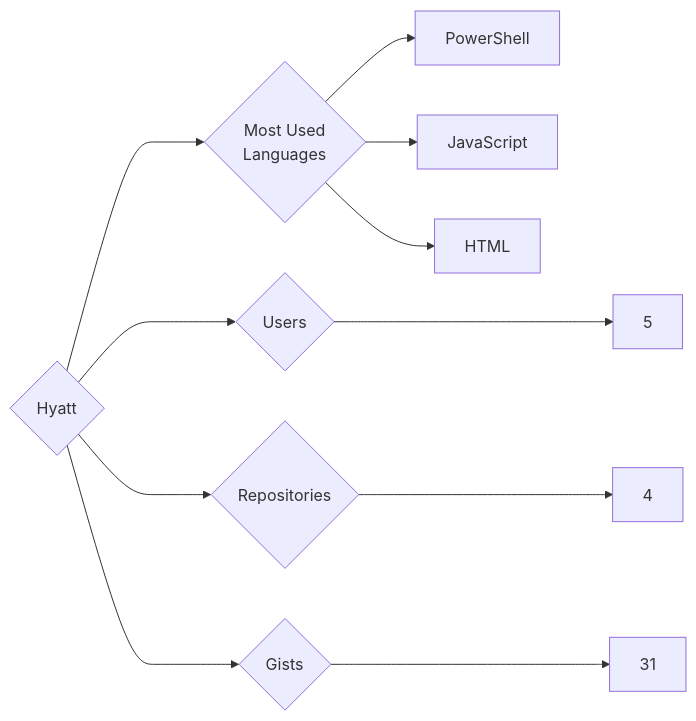
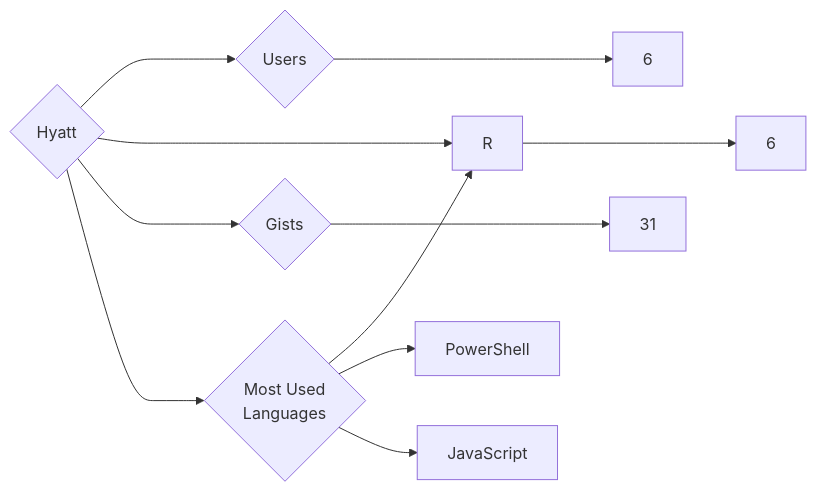
Before and after one commit to trickest/insiders: the diagram in targets/Hyatt/README.md, drawn with Mermaid. The commit also changed 1089 other files, not shown here.

````diff
--- a/targets/Hyatt/README.md
+++ b/targets/Hyatt/README.md
@@ -3,11 +3,11 @@
 ```mermaid
 graph LR
 COMPANY_NAME{Hyatt}
-COMPANY_NAME ---> U{Users} ---> UN[5]
-COMPANY_NAME ---> R{Repositories} ---> RN[4]
+COMPANY_NAME ---> U{Users} ---> UN[6]
+COMPANY_NAME ---> R{Repositories} ---> RN[6]
 COMPANY_NAME ---> G{Gists} ---> GN[31]
 COMPANY_NAME ---> ML{Most Used<br>Languages}
+ML --> R[R]
 ML --> PowerShell[PowerShell]
 ML --> JavaScript[JavaScript]
-ML --> HTML[HTML]
 ```
````
